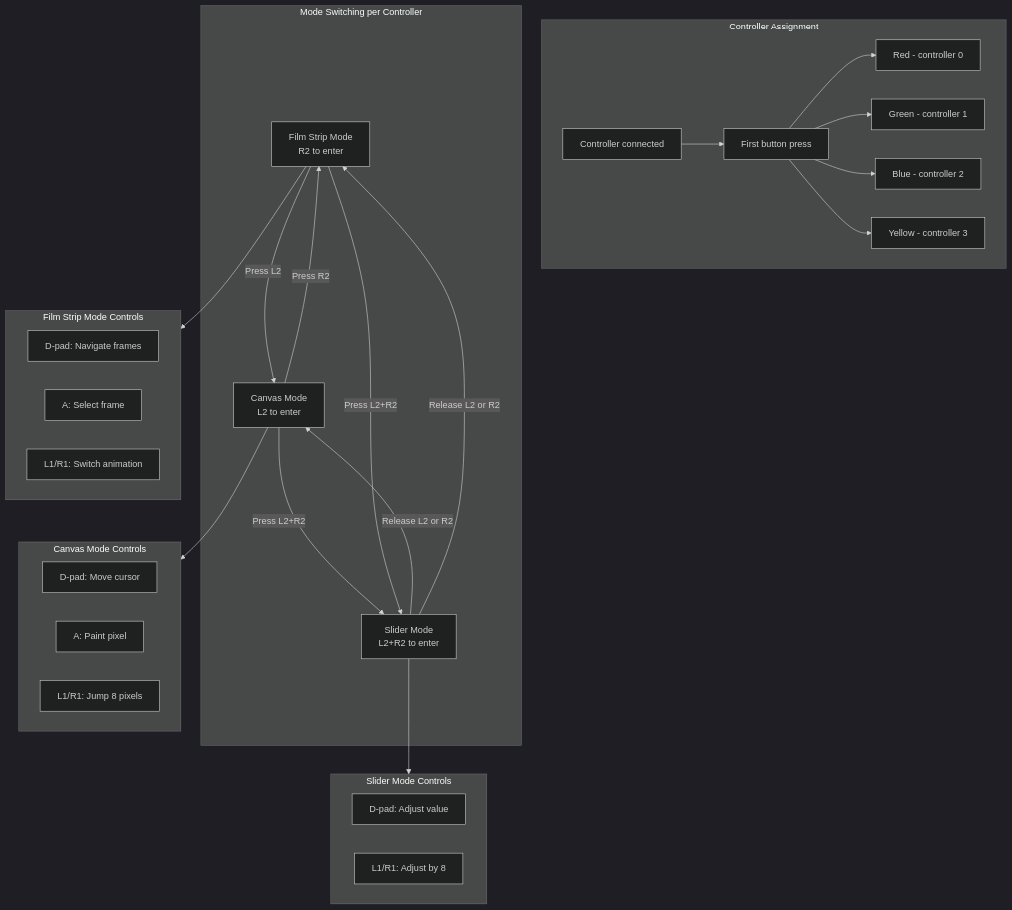
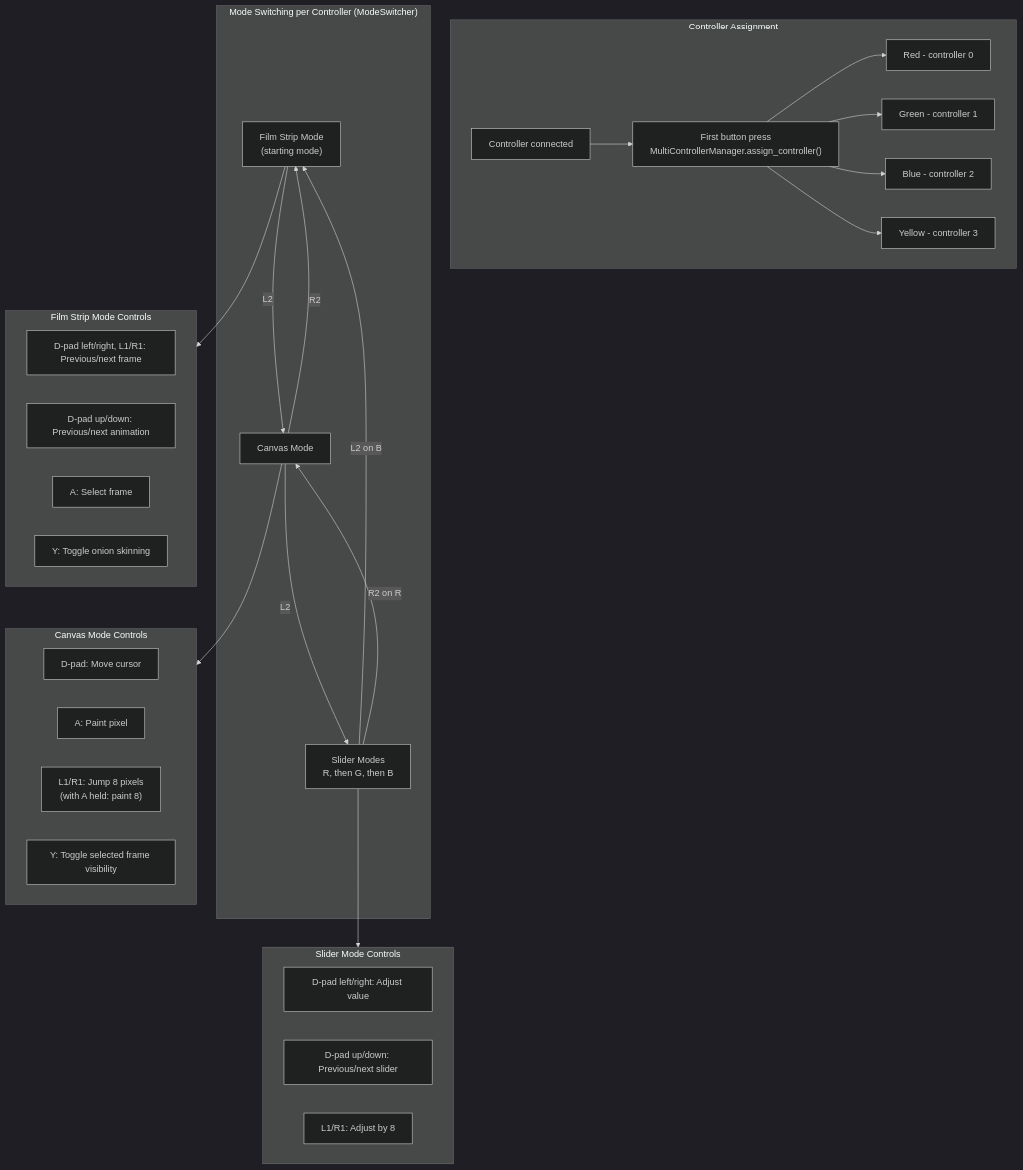
Before and after one commit to terrysimons/glitchygames: the tenth of 10 diagrams in docs/architecture/bitmappy.md, drawn with Mermaid (dark theme). The commit also changed other lines of this file and 571 other files, not shown here.

````diff
--- a/docs/architecture/bitmappy.md
+++ b/docs/architecture/bitmappy.md
@@ -308,44 +475,46 @@
 ```mermaid
 flowchart TD
     subgraph Assignment["Controller Assignment"]
-        CONNECT["Controller connected"] --> FIRST["First button press"]
+        CONNECT["Controller connected"] --> FIRST["First button press\nMultiControllerManager.assign_controller()"]
         FIRST --> RED["Red - controller 0"]
         FIRST --> GREEN["Green - controller 1"]
         FIRST --> BLUE["Blue - controller 2"]
         FIRST --> YELLOW["Yellow - controller 3"]
     end
 
-    subgraph Modes["Mode Switching per Controller"]
-        FSM["Film Strip Mode\nR2 to enter"]
-        CM["Canvas Mode\nL2 to enter"]
-        SLM["Slider Mode\nL2+R2 to enter"]
+    subgraph Modes["Mode Switching per Controller (ModeSwitcher)"]
+        FSM["Film Strip Mode\n(starting mode)"]
+        CM["Canvas Mode"]
+        SLM["Slider Modes\nR, then G, then B"]
 
-        FSM -->|"Press L2"| CM
-        CM -->|"Press R2"| FSM
-        CM -->|"Press L2+R2"| SLM
-        SLM -->|"Release L2 or R2"| CM
-        FSM -->|"Press L2+R2"| SLM
-        SLM -->|"Release L2 or R2"| FSM
+        FSM -->|"L2"| CM
+        CM -->|"L2"| SLM
+        SLM -->|"L2 on B"| FSM
+        SLM -->|"R2 on R"| CM
+        CM -->|"R2"| FSM
     end
 
     subgraph FilmStripControls["Film Strip Mode Controls"]
-        FS_NAV["D-pad: Navigate frames"]
+        FS_NAV["D-pad left/right, L1/R1: Previous/next frame"]
+        FS_ANIM["D-pad up/down: Previous/next animation"]
         FS_SEL["A: Select frame"]
-        FS_SW["L1/R1: Switch animation"]
+        FS_ONION["Y: Toggle onion skinning"]
     end
 
     subgraph CanvasControls["Canvas Mode Controls"]
         C_MOVE["D-pad: Move cursor"]
         C_PAINT["A: Paint pixel"]
-        C_JUMP["L1/R1: Jump 8 pixels"]
+        C_JUMP["L1/R1: Jump 8 pixels\n(with A held: paint 8)"]
+        C_VIS["Y: Toggle selected frame visibility"]
     end
 
     subgraph SliderControls["Slider Mode Controls"]
-        S_ADJ["D-pad: Adjust value"]
+        S_ADJ["D-pad left/right: Adjust value"]
+        S_NAV["D-pad up/down: Previous/next slider"]
         S_JUMP["L1/R1: Adjust by 8"]
     end
 
     FSM --> FilmStripControls
     CM --> CanvasControls
     SLM --> SliderControls
 ```
````
